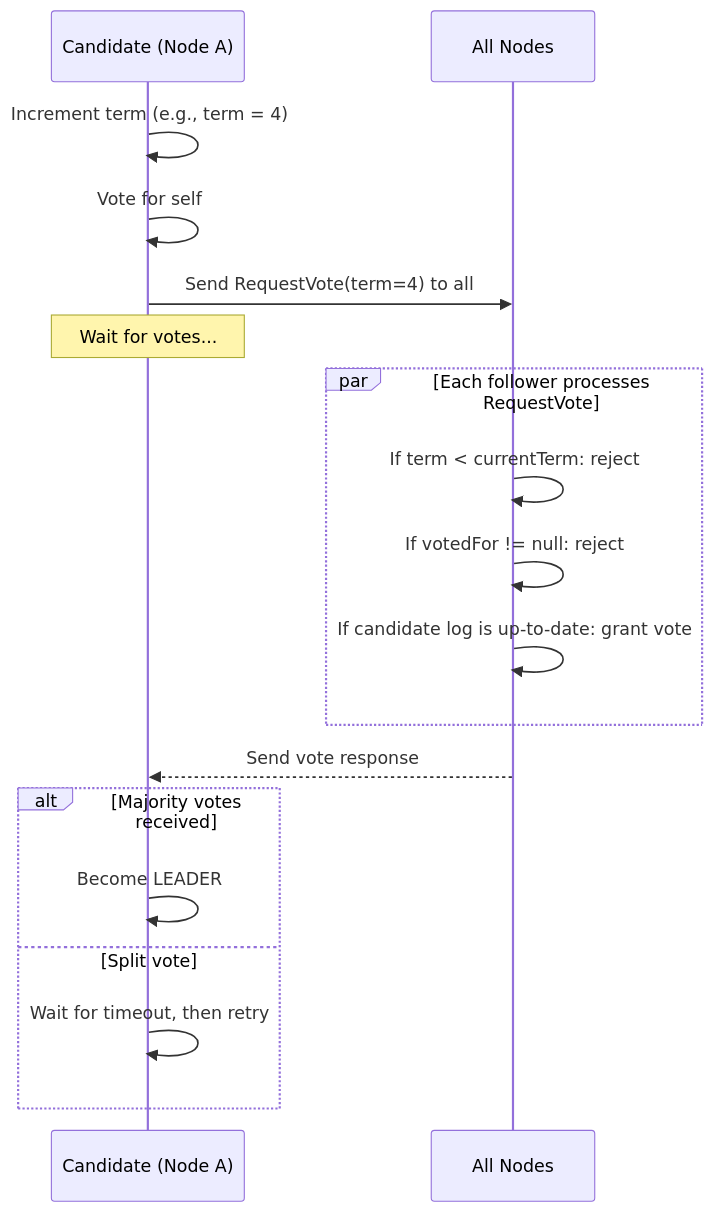
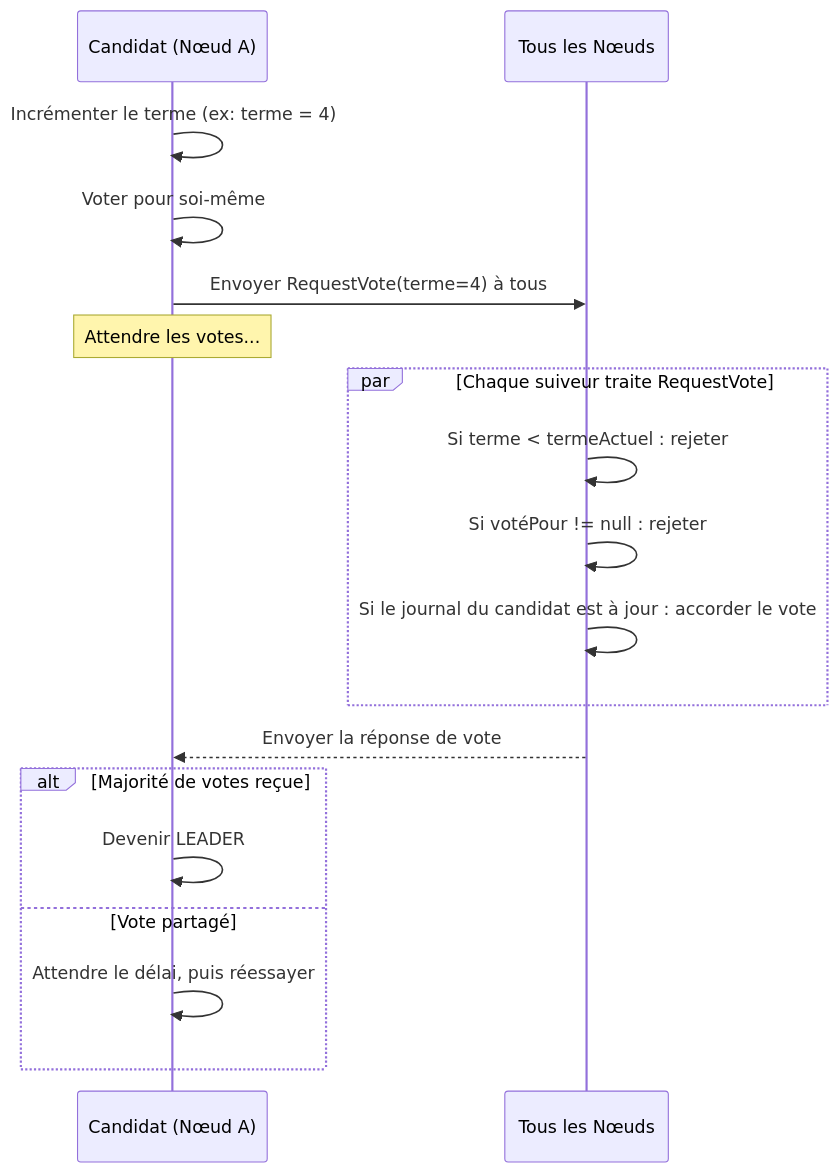
Before and after one commit to dardourimohamed/distributed-systems-course: the second of 4 diagrams in src/consensus/13-raft-leader-election.md, drawn with Mermaid. The commit also changed other lines of this file and 38 other files, not shown here.

````diff
--- a/src/consensus/13-raft-leader-election.md
+++ b/src/consensus/13-raft-leader-election.md
@@ -111,25 +112,25 @@
 ```mermaid
 sequenceDiagram
-    participant C as Candidate (Node A)
-    participant A as All Nodes
+    participant C as Candidat (Nœud A)
+    participant A as Tous les Nœuds
 
-    C->>C: Increment term (e.g., term = 4)
-    C->>C: Vote for self
-    C->>A: Send RequestVote(term=4) to all
+    C->>C: Incrémenter le terme (ex: terme = 4)
+    C->>C: Voter pour soi-même
+    C->>A: Envoyer RequestVote(terme=4) à tous
 
-    Note over C: Wait for votes...
+    Note over C: Attendre les votes...
 
-    par Each follower processes RequestVote
-        A->>A: If term < currentTerm: reject
-        A->>A: If votedFor != null: reject
-        A->>A: If candidate log is up-to-date: grant vote
+    par Chaque suiveur traite RequestVote
+        A->>A: Si terme < termeActuel : rejeter
+        A->>A: Si votéPour != null : rejeter
+        A->>A: Si le journal du candidat est à jour : accorder le vote
     end
 
-    A-->>C: Send vote response
+    A-->>C: Envoyer la réponse de vote
 
-    alt Majority votes received
-        C->>C: Become LEADER
-    else Split vote
-        C->>C: Wait for timeout, then retry
+    alt Majorité de votes reçue
+        C->>C: Devenir LEADER
+    else Vote partagé
+        C->>C: Attendre le délai, puis réessayer
     end
 ```
````
